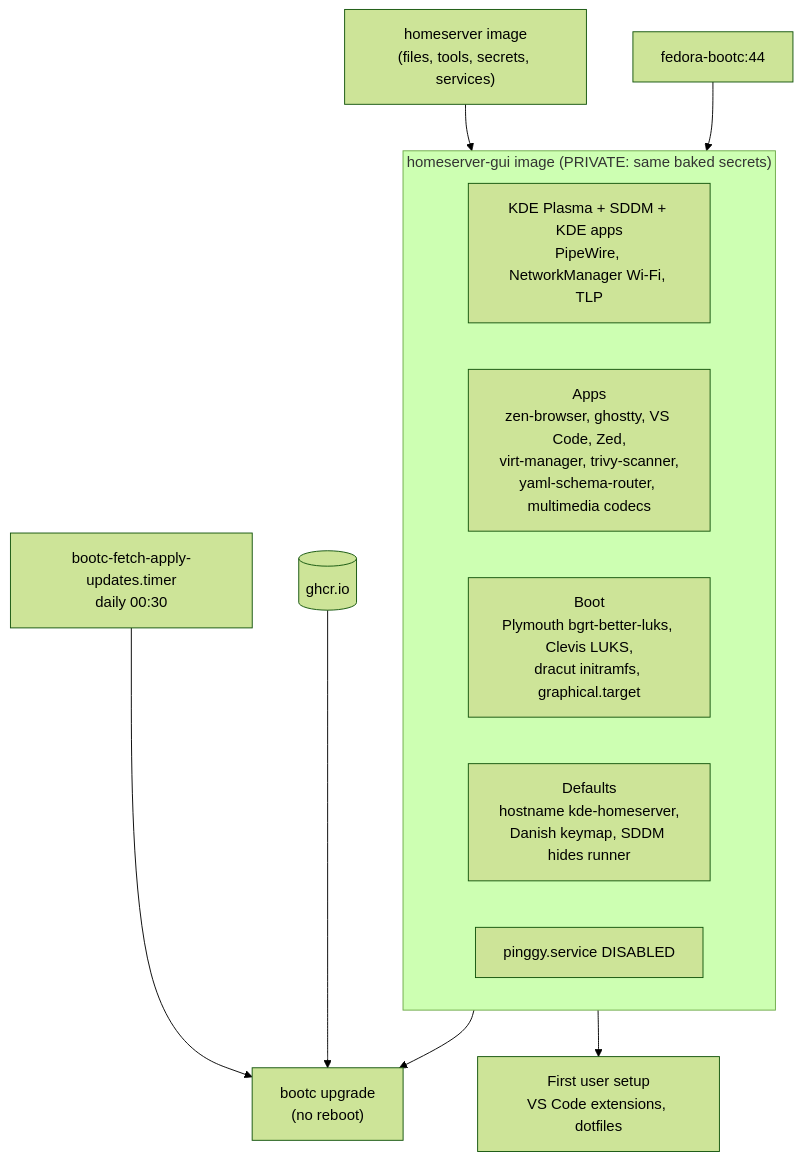
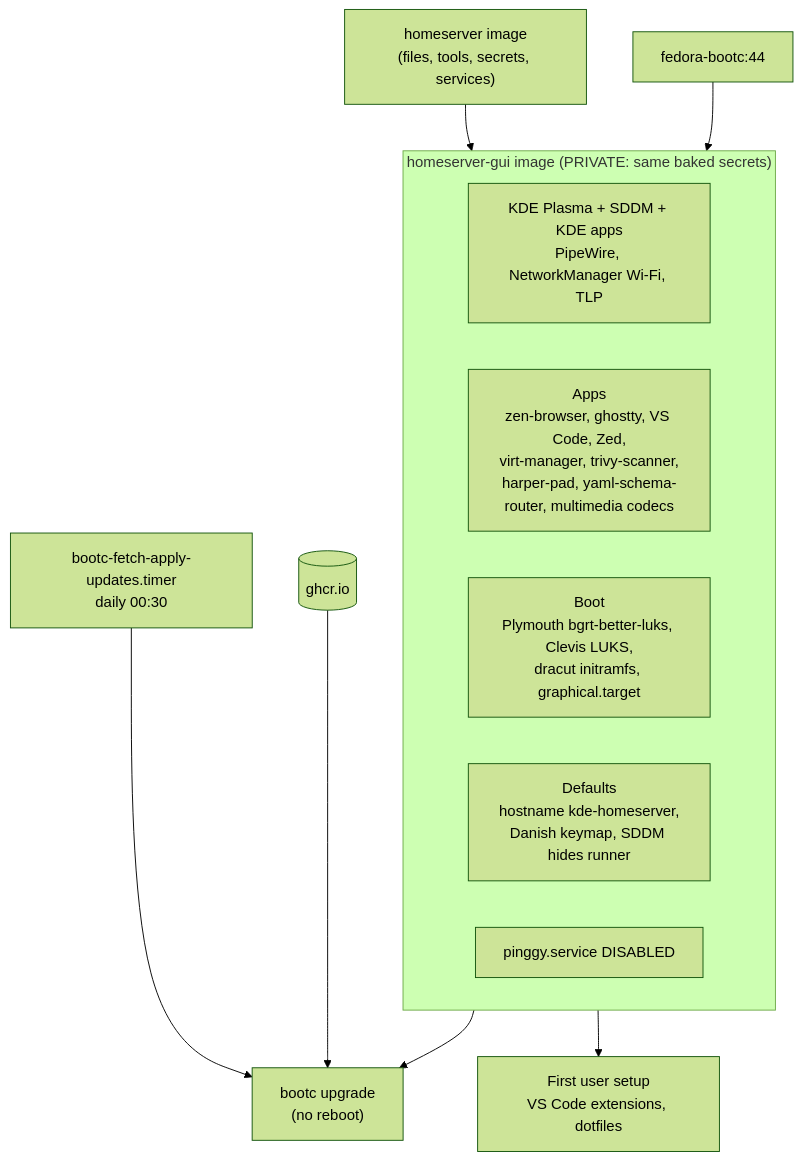
Before and after one commit to cthtrifork/homeserver-bootc: the diagram in docs/homeserver-gui/README.md, drawn with Mermaid (forest theme). The commit also changed other lines of this file and 2 other files, not shown here.

Commit message:
feat(gui): install harper-pad in homeserver-gui

````diff
--- a/docs/homeserver-gui/README.md
+++ b/docs/homeserver-gui/README.md
@@ -11,16 +11,16 @@
 ```mermaid
 flowchart TD
     HS["homeserver image<br/>(files, tools, secrets, services)"] --> IMG
     BASE["fedora-bootc:44"] --> IMG
     subgraph IMG["homeserver-gui image (PRIVATE: same baked secrets)"]
         KDE["KDE Plasma + SDDM + KDE apps<br/>PipeWire, NetworkManager Wi-Fi, TLP"]
-        APPS["Apps<br/>zen-browser, ghostty, VS Code, Zed,<br/>virt-manager, trivy-scanner,<br/>yaml-schema-router, multimedia codecs"]
+        APPS["Apps<br/>zen-browser, ghostty, VS Code, Zed,<br/>virt-manager, trivy-scanner,<br/>harper-pad, yaml-schema-router, multimedia codecs"]
         BOOTX["Boot<br/>Plymouth bgrt-better-luks, Clevis LUKS,<br/>dracut initramfs, graphical.target"]
         DEF["Defaults<br/>hostname kde-homeserver,<br/>Danish keymap, SDDM hides runner"]
         NOPING["pinggy.service DISABLED"]
     end
     TIMER["bootc-fetch-apply-updates.timer<br/>daily 00:30"] --> UPG["bootc upgrade<br/>(no reboot)"]
     REG[("ghcr.io")] --> UPG
     IMG --> UPG
     IMG --> FB["First user setup<br/>VS Code extensions, dotfiles"]
 ```
````
